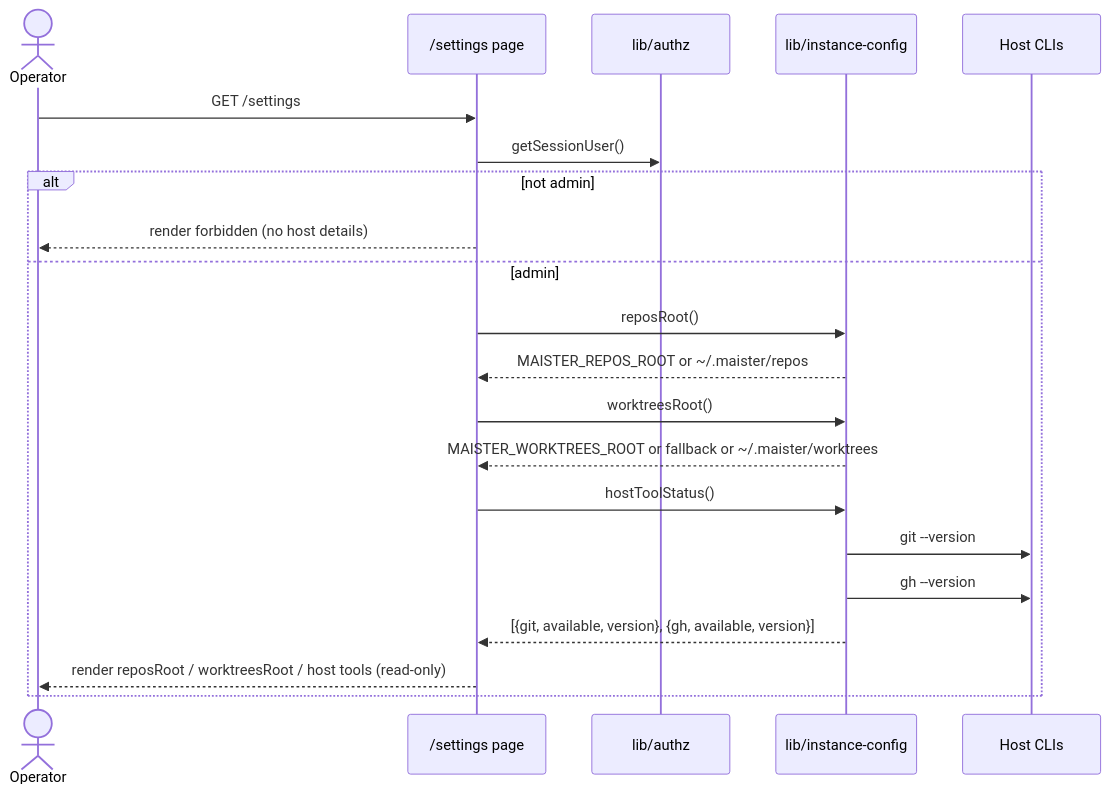
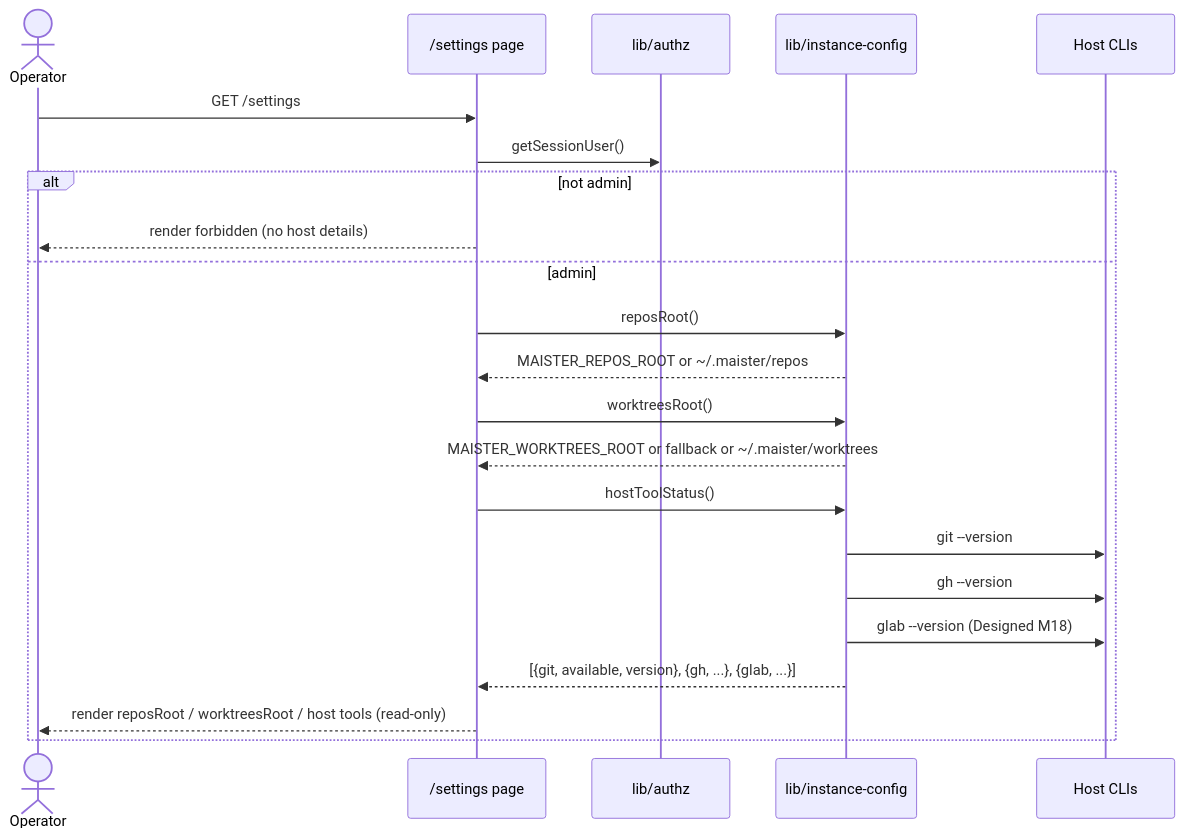
The diagram in docs/system-analytics/instance-config.md (maister-dev/maister), drawn with Mermaid before and after one commit. The commit also changed other lines of this file and 16 other files, not shown here.

First line of the commit message:
docs(m18): spec-freeze branch targeting + promotion (ADR-048/049, openapi, ERD, analytics)

````diff
--- a/docs/system-analytics/instance-config.md
+++ b/docs/system-analytics/instance-config.md
@@ -44,24 +55,25 @@
 ```mermaid
 sequenceDiagram
     actor U as Operator
     participant P as /settings page
     participant AZ as lib/authz
     participant IC as lib/instance-config
     participant HOST as Host CLIs
 
     U->>P: GET /settings
     P->>AZ: getSessionUser()
     alt not admin
         P-->>U: render forbidden (no host details)
     else admin
         P->>IC: reposRoot()
         IC-->>P: MAISTER_REPOS_ROOT or ~/.maister/repos
         P->>IC: worktreesRoot()
         IC-->>P: MAISTER_WORKTREES_ROOT or fallback or ~/.maister/worktrees
         P->>IC: hostToolStatus()
         IC->>HOST: git --version
         IC->>HOST: gh --version
-        IC-->>P: [{git, available, version}, {gh, available, version}]
+        IC->>HOST: glab --version (Designed M18)
+        IC-->>P: [{git, available, version}, {gh, ...}, {glab, ...}]
         P-->>U: render reposRoot / worktreesRoot / host tools (read-only)
     end
 ```
````
